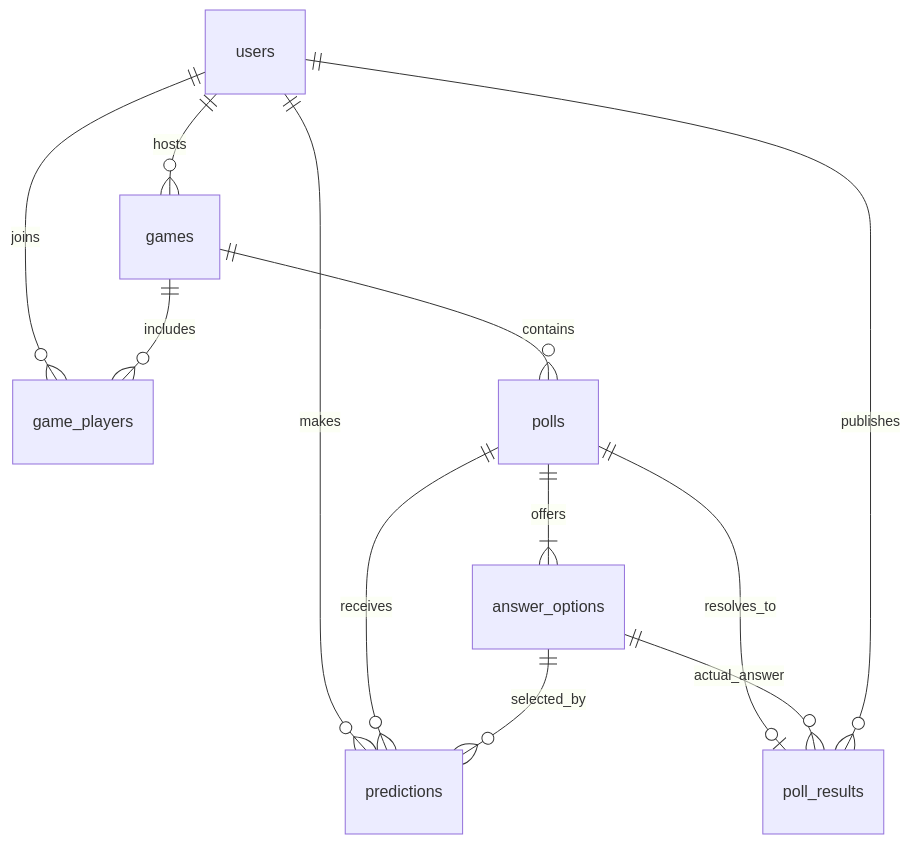
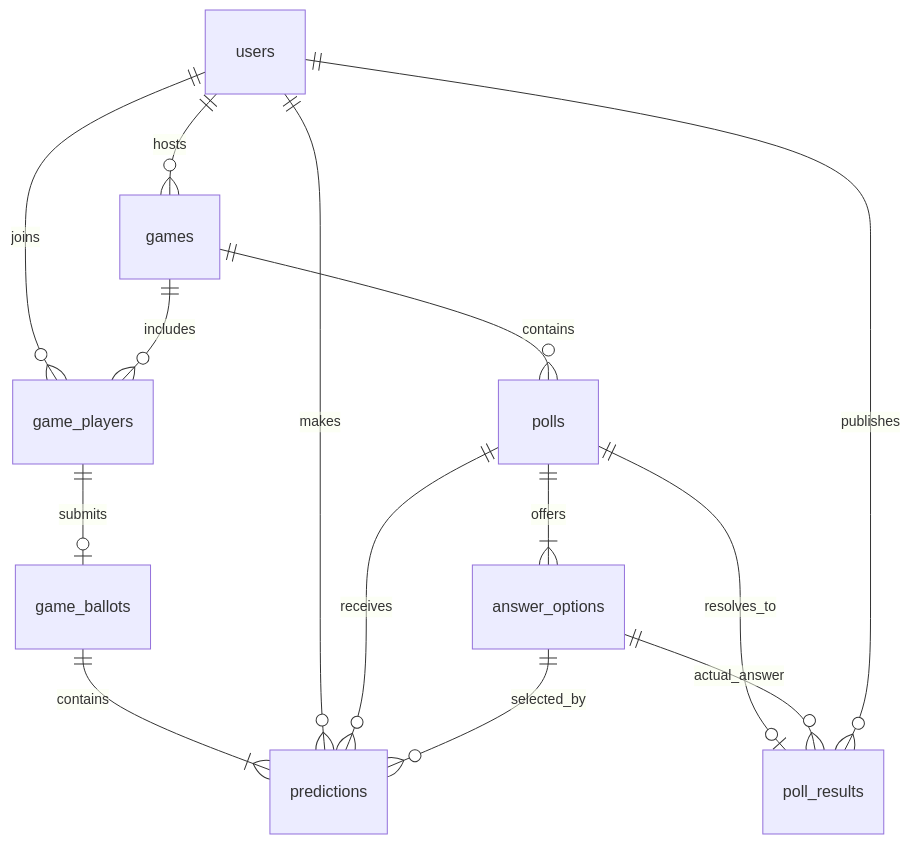
The diagram in schema.md (w-price/thetea), drawn with Mermaid before and after one commit. The commit also changed other lines of this file and 5 other files, not shown here.

````diff
--- a/schema.md
+++ b/schema.md
@@ -10,14 +10,16 @@
 ```mermaid
 erDiagram
     users ||--o{ games : hosts
     users ||--o{ game_players : joins
     games ||--o{ game_players : includes
+    game_players ||--o| game_ballots : submits
+    game_ballots ||--|{ predictions : contains
     games ||--o{ polls : contains
     polls ||--|{ answer_options : offers
     users ||--o{ predictions : makes
     polls ||--o{ predictions : receives
     answer_options ||--o{ predictions : selected_by
     polls ||--o| poll_results : resolves_to
     answer_options ||--o{ poll_results : actual_answer
     users ||--o{ poll_results : publishes
 ```
````
